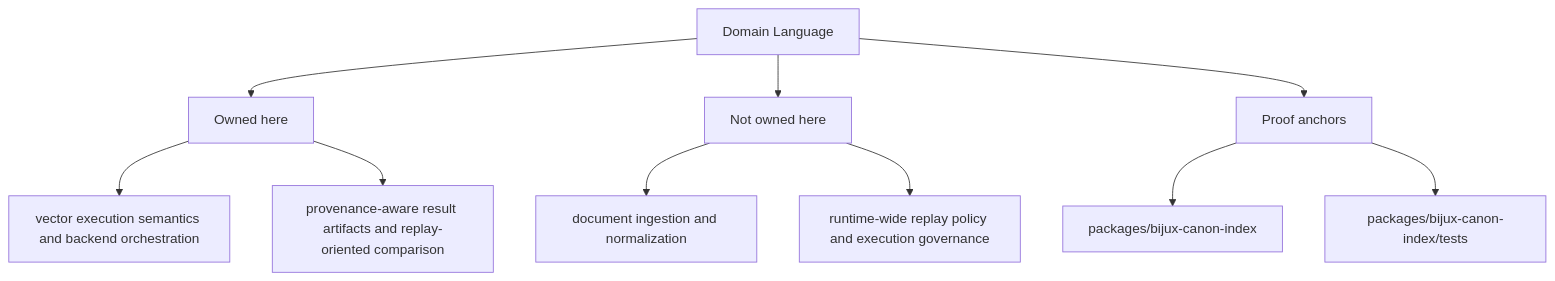
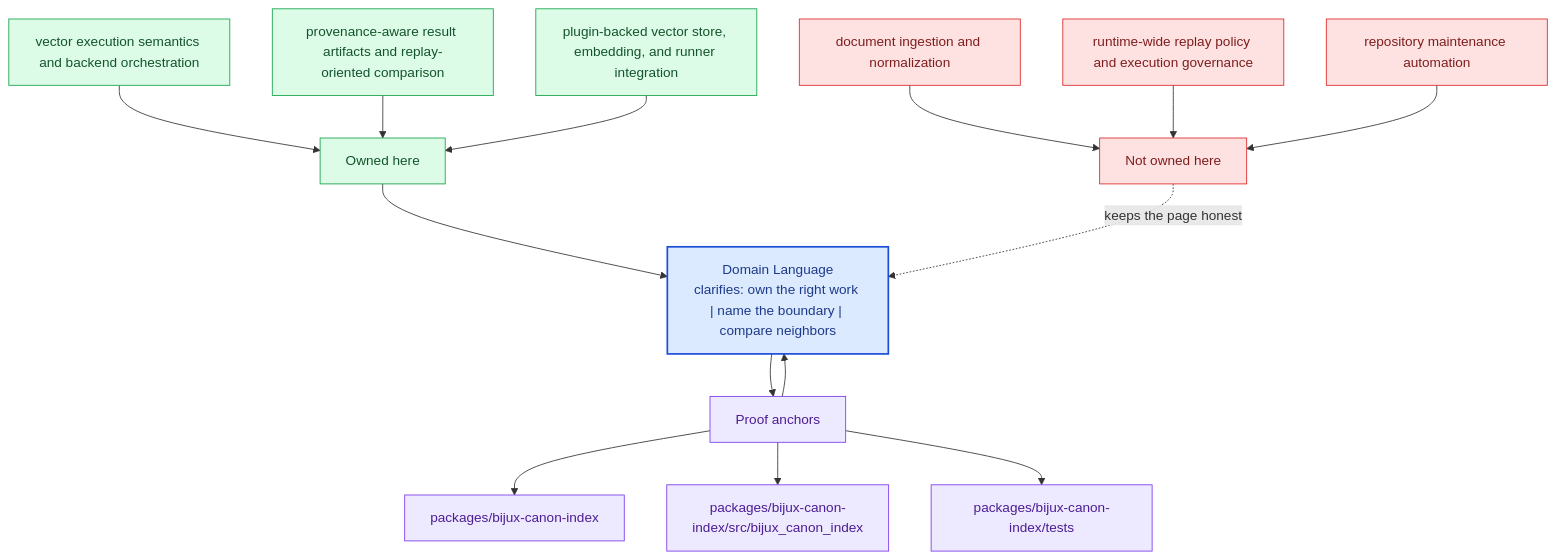
One commit to bijux/bijux-canon changed the second of 2 diagrams in docs/bijux-canon-index/foundation/domain-language.md. Above: the diagram before and after it, drawn with Mermaid. The commit also changed other lines of this file and 281 other files, not shown here.

Commit message:
docs(diagrams): deepen handbook mermaid maps across the catalog

````diff
--- a/docs/bijux-canon-index/foundation/domain-language.md
+++ b/docs/bijux-canon-index/foundation/domain-language.md
@@ -35,22 +68,40 @@
 ```mermaid
-flowchart TD
-    page["Domain Language"]
+flowchart TB
+    promise["Domain Language<br/>clarifies: own the right work | name the boundary | compare neighbors"]
+    classDef promise fill:#dbeafe,stroke:#1d4ed8,color:#1e3a8a,stroke-width:2px;
+    classDef driver fill:#dcfce7,stroke:#16a34a,color:#14532d;
+    classDef constraint fill:#fee2e2,stroke:#dc2626,color:#7f1d1d;
+    classDef ground fill:#ede9fe,stroke:#7c3aed,color:#4c1d95;
     focus1["Owned here"]
-    page --> focus1
+    focus1 --> promise
     focus1_1["vector execution semantics and backend orchestration"]
-    focus1 --> focus1_1
+    focus1_1 --> focus1
     focus1_2["provenance-aware result artifacts and replay-oriented comparison"]
-    focus1 --> focus1_2
+    focus1_2 --> focus1
+    focus1_3["plugin-backed vector store, embedding, and runner integration"]
+    focus1_3 --> focus1
+    class focus1 driver;
+    class focus1_1,focus1_2,focus1_3 driver;
     focus2["Not owned here"]
-    page --> focus2
+    focus2 -.keeps the page honest.-> promise
     focus2_1["document ingestion and normalization"]
-    focus2 --> focus2_1
+    focus2_1 --> focus2
     focus2_2["runtime-wide replay policy and execution governance"]
-    focus2 --> focus2_2
+    focus2_2 --> focus2
+    focus2_3["repository maintenance automation"]
+    focus2_3 --> focus2
+    class focus2 constraint;
+    class focus2_1,focus2_2,focus2_3 constraint;
     focus3["Proof anchors"]
-    page --> focus3
+    focus3 --> promise
+    promise --> focus3
     focus3_1["packages/bijux-canon-index"]
     focus3 --> focus3_1
-    focus3_2["packages/bijux-canon-index/tests"]
+    focus3_2["packages/bijux-canon-index/src/bijux_canon_index"]
     focus3 --> focus3_2
+    focus3_3["packages/bijux-canon-index/tests"]
+    focus3 --> focus3_3
+    class focus3 ground;
+    class focus3_1,focus3_2,focus3_3 ground;
+    class promise promise;
 ```
````
